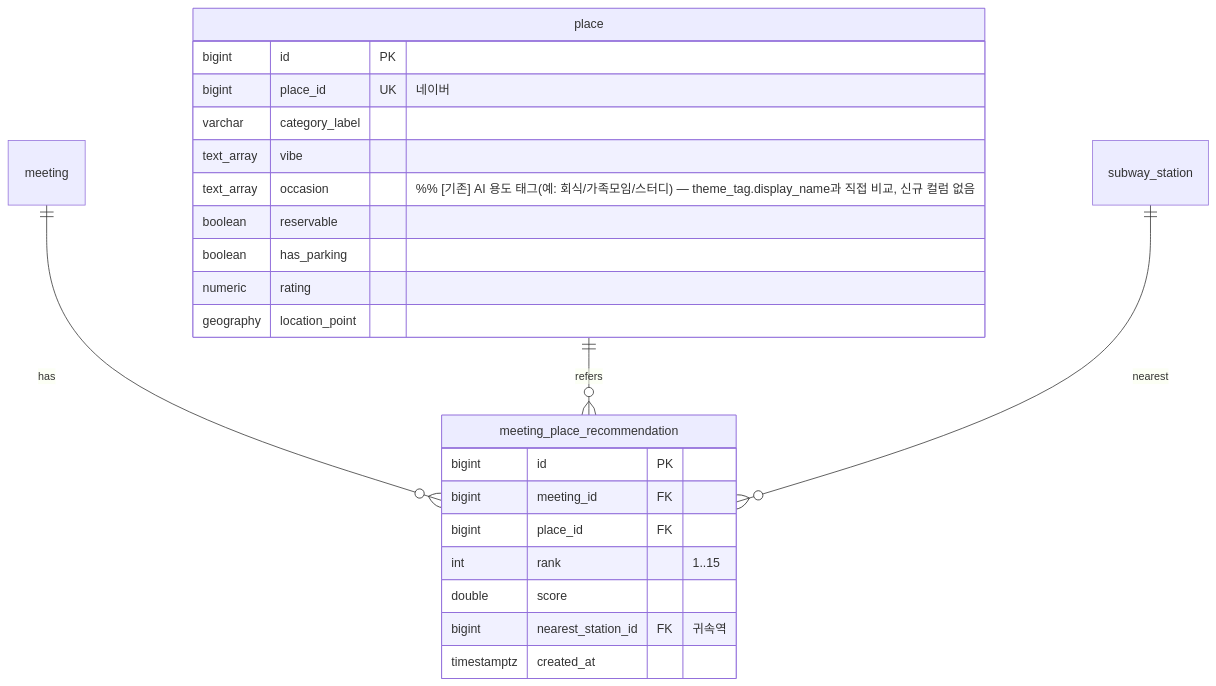
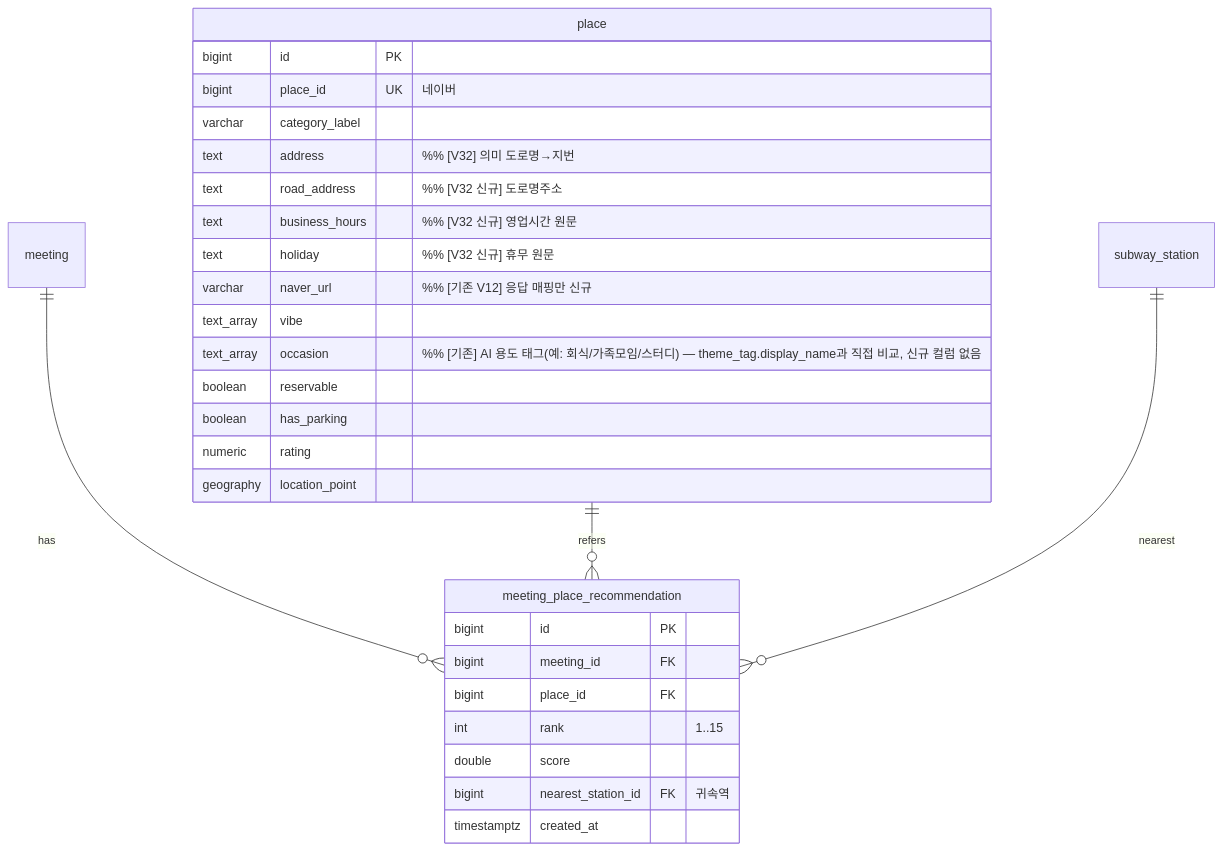
Before and after one commit to DDD-Community/DDD-13-IOS2-Server: the diagram in aidlc-docs/construction/review/fc8/erd.md, drawn with Mermaid. The commit also changed other lines of this file and 12 other files, not shown here.

````diff
--- a/aidlc-docs/construction/review/fc8/erd.md
+++ b/aidlc-docs/construction/review/fc8/erd.md
@@ -3,27 +3,32 @@
 ```mermaid
 erDiagram
     meeting ||--o{ meeting_place_recommendation : has
     place ||--o{ meeting_place_recommendation : refers
     subway_station ||--o{ meeting_place_recommendation : nearest
 
     place {
         bigint id PK
         bigint place_id UK "네이버"
         varchar category_label
+        text address "%% [V32] 의미 도로명→지번"
+        text road_address "%% [V32 신규] 도로명주소"
+        text business_hours "%% [V32 신규] 영업시간 원문"
+        text holiday "%% [V32 신규] 휴무 원문"
+        varchar naver_url "%% [기존 V12] 응답 매핑만 신규"
         text_array vibe
         text_array occasion "%% [기존] AI 용도 태그(예: 회식/가족모임/스터디) — theme_tag.display_name과 직접 비교, 신규 컬럼 없음"
         boolean reservable
         boolean has_parking
         numeric rating
         geography location_point
     }
     meeting_place_recommendation {
         bigint id PK
         bigint meeting_id FK
         bigint place_id FK
         int rank "1..15"
         double score
         bigint nearest_station_id FK "귀속역"
         timestamptz created_at
     }
 ```
````
